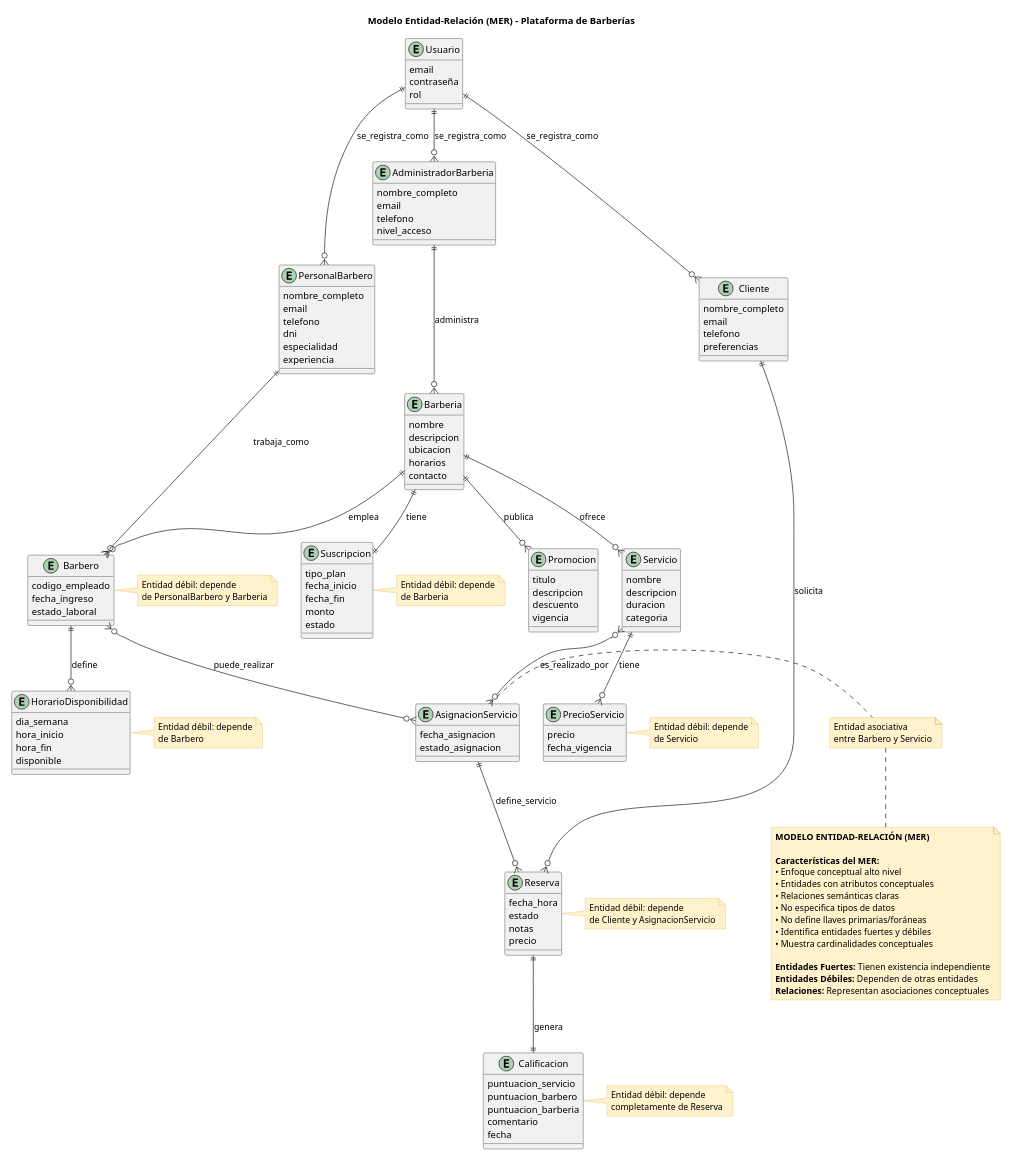
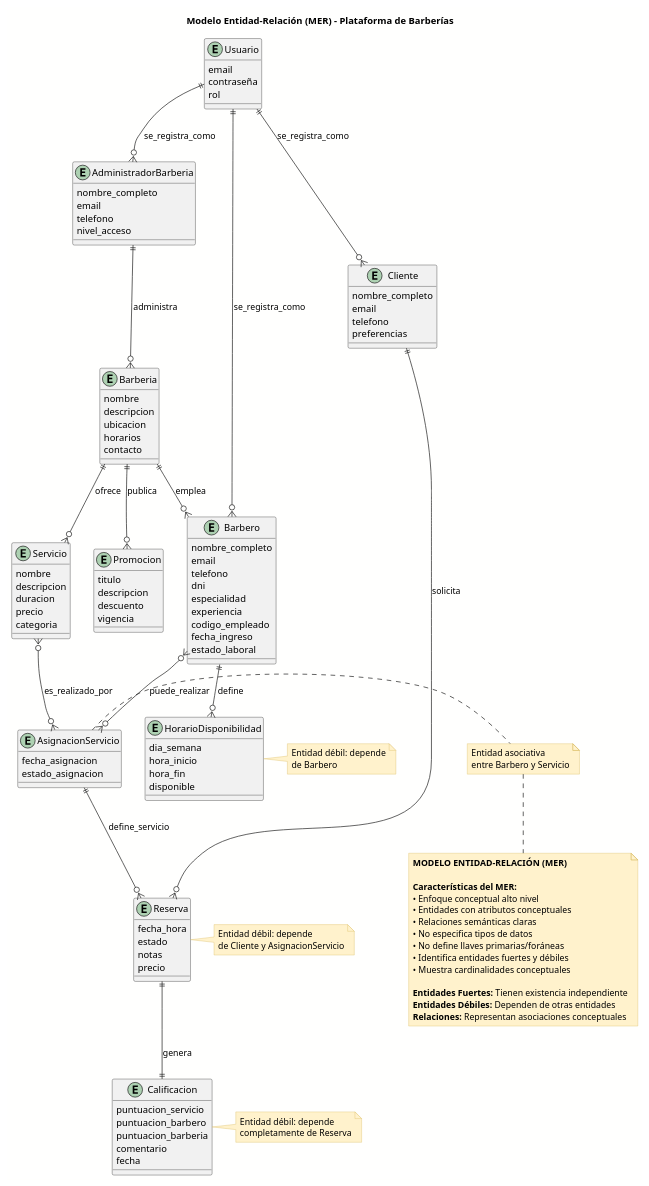
Before and after one commit to tunek12421/Barberias-App: the diagram in Diagramas/Modelados/ModeloConceptual.puml, drawn with PlantUML. The commit also changed 3 other files, not shown here.

```diff
--- a/Diagramas/Modelados/ModeloConceptual.puml
+++ b/Diagramas/Modelados/ModeloConceptual.puml
@@ -1,185 +1,155 @@
 @startuml modelo_conceptual_mer
 skinparam backgroundColor #FFFFFE
 skinparam entity {
     BackgroundColor #FFE6CC
     BorderColor #FF8C00
 }
 skinparam note {
     BackgroundColor #FFF2CC
     BorderColor #D6B656
 }
 
 title Modelo Entidad-Relación (MER) - Plataforma de Barberías
 
 ' === ENTIDADES FUERTES ===
 entity Usuario {
     email
     contraseña
     rol
 }
 
 entity Cliente {
     nombre_completo
     email
     telefono
     preferencias
 }
 
 entity AdministradorBarberia {
     nombre_completo
     email
     telefono
     nivel_acceso
 }
 
-entity PersonalBarbero {
+entity Barbero {
     nombre_completo
     email
     telefono
     dni
     especialidad
     experiencia
+    codigo_empleado
+    fecha_ingreso
+    estado_laboral
 }
-
 entity Barberia {
     nombre
     descripcion
     ubicacion
     horarios
     contacto
 }
 
 entity Servicio {
     nombre
     descripcion
     duracion
+    precio
     categoria
 }
 
 entity Promocion {
     titulo
     descripcion
     descuento
     vigencia
 }
 
 ' === ENTIDADES DÉBILES ===
-entity Barbero {
-    codigo_empleado
-    fecha_ingreso
-    estado_laboral
-}
-note right of Barbero
-  Entidad débil: depende
-  de PersonalBarbero y Barberia
-end note
 
 entity Reserva {
     fecha_hora
     estado
     notas
     precio
 }
 note right of Reserva
   Entidad débil: depende
   de Cliente y AsignacionServicio
 end note
 
 entity Calificacion {
     puntuacion_servicio
     puntuacion_barbero
     puntuacion_barberia
     comentario
     fecha
 }
 note right of Calificacion
   Entidad débil: depende
   completamente de Reserva
 end note
 
 entity HorarioDisponibilidad {
     dia_semana
     hora_inicio
     hora_fin
     disponible
 }
 note right of HorarioDisponibilidad
   Entidad débil: depende
   de Barbero
 end note
 
-entity PrecioServicio {
-    precio
-    fecha_vigencia
-}
-note right of PrecioServicio
-  Entidad débil: depende
-  de Servicio
-end note
-
-entity Suscripcion {
-    tipo_plan
-    fecha_inicio
-    fecha_fin
-    monto
-    estado
-}
-note right of Suscripcion
-  Entidad débil: depende
-  de Barberia
-end note
-
 ' === RELACIONES ===
 entity AsignacionServicio {
     fecha_asignacion
     estado_asignacion
 }
 note right of AsignacionServicio
   Entidad asociativa
   entre Barbero y Servicio
 end note
 
 ' === RELACIONES BINARIAS ===
 Usuario ||--o{ Cliente : "se_registra_como"
 Usuario ||--o{ AdministradorBarberia : "se_registra_como"
-Usuario ||--o{ PersonalBarbero : "se_registra_como"
+Usuario ||--o{ Barbero : "se_registra_como"
 
 AdministradorBarberia ||--o{ Barberia : "administra"
 
-PersonalBarbero ||--o{ Barbero : "trabaja_como"
 Barberia ||--o{ Barbero : "emplea"
 
 Barberia ||--o{ Servicio : "ofrece"
 Barberia ||--o{ Promocion : "publica"
-Barberia ||--|| Suscripcion : "tiene"
 
 Barbero ||--o{ HorarioDisponibilidad : "define"
-Servicio ||--o{ PrecioServicio : "tiene"
 
 ' === RELACIÓN TERNARIA CLAVE ===
 Barbero }o--o{ AsignacionServicio : "puede_realizar"
 Servicio }o--o{ AsignacionServicio : "es_realizado_por"
 
 Cliente ||--o{ Reserva : "solicita"
 AsignacionServicio ||--o{ Reserva : "define_servicio"
 
 Reserva ||--|| Calificacion : "genera"
 
 note bottom
   **MODELO ENTIDAD-RELACIÓN (MER)**
   
   **Características del MER:**
   • Enfoque conceptual alto nivel
   • Entidades con atributos conceptuales
   • Relaciones semánticas claras
   • No especifica tipos de datos
   • No define llaves primarias/foráneas
   • Identifica entidades fuertes y débiles
   • Muestra cardinalidades conceptuales
   
   **Entidades Fuertes:** Tienen existencia independiente
   **Entidades Débiles:** Dependen de otras entidades
   **Relaciones:** Representan asociaciones conceptuales
 end note
 
 @enduml
```
